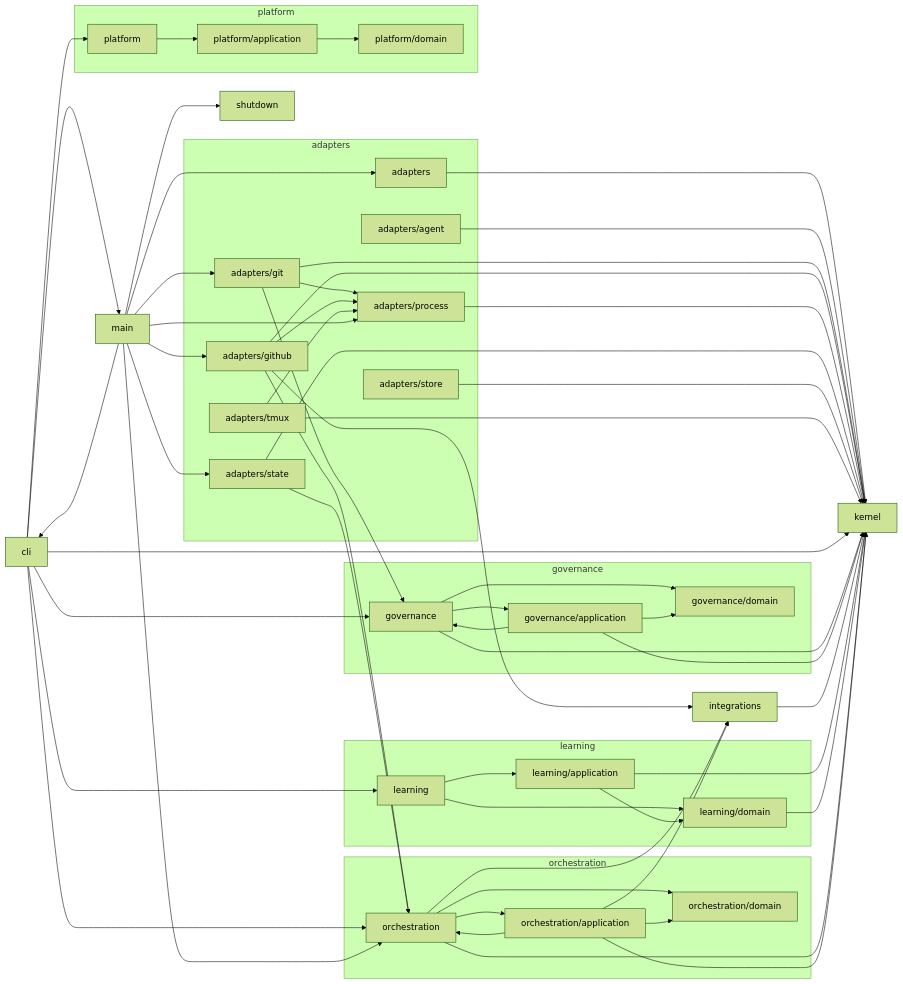
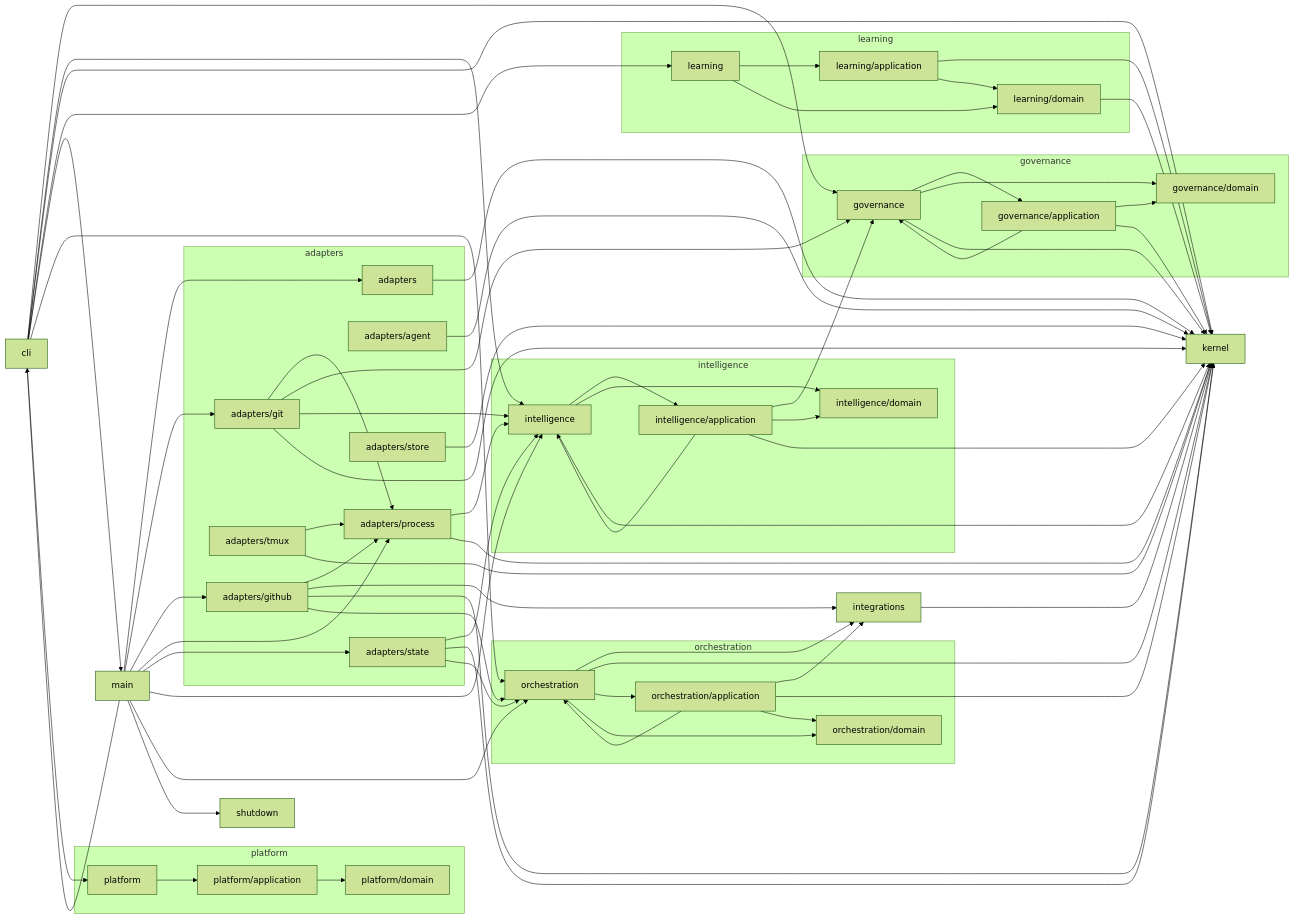
The diagram in docs/reference/dependency-graph.md (sethdford/shipwright), drawn with Mermaid (forest theme) before and after one commit. The commit also changed 53 other files, not shown here.

```diff
--- a/docs/reference/dependency-graph.md
+++ b/docs/reference/dependency-graph.md
@@ -21,6 +21,11 @@
     governance["governance"]
     governance_application["governance/application"]
     governance_domain["governance/domain"]
+  end
+  subgraph ctx_intelligence["intelligence"]
+    intelligence["intelligence"]
+    intelligence_application["intelligence/application"]
+    intelligence_domain["intelligence/domain"]
   end
   subgraph ctx_learning["learning"]
     learning["learning"]
@@ -46,18 +51,22 @@
   adapters_agent --> kernel
   adapters_git --> adapters_process
   adapters_git --> governance
+  adapters_git --> intelligence
   adapters_git --> kernel
   adapters_github --> adapters_process
   adapters_github --> integrations
   adapters_github --> kernel
   adapters_github --> orchestration
+  adapters_process --> intelligence
   adapters_process --> kernel
+  adapters_state --> intelligence
   adapters_state --> kernel
   adapters_state --> orchestration
   adapters_store --> kernel
   adapters_tmux --> adapters_process
   adapters_tmux --> kernel
   cli --> governance
+  cli --> intelligence
   cli --> kernel
   cli --> learning
   cli --> main
@@ -70,6 +79,13 @@
   governance_application --> governance_domain
   governance_application --> kernel
   integrations --> kernel
+  intelligence --> intelligence_application
+  intelligence --> intelligence_domain
+  intelligence --> kernel
+  intelligence_application --> governance
+  intelligence_application --> intelligence
+  intelligence_application --> intelligence_domain
+  intelligence_application --> kernel
   learning --> learning_application
   learning --> learning_domain
   learning_application --> kernel
@@ -81,6 +97,7 @@
   main --> adapters_process
   main --> adapters_state
   main --> cli
+  main --> intelligence
   main --> orchestration
   main --> shutdown
   orchestration --> integrations
```
